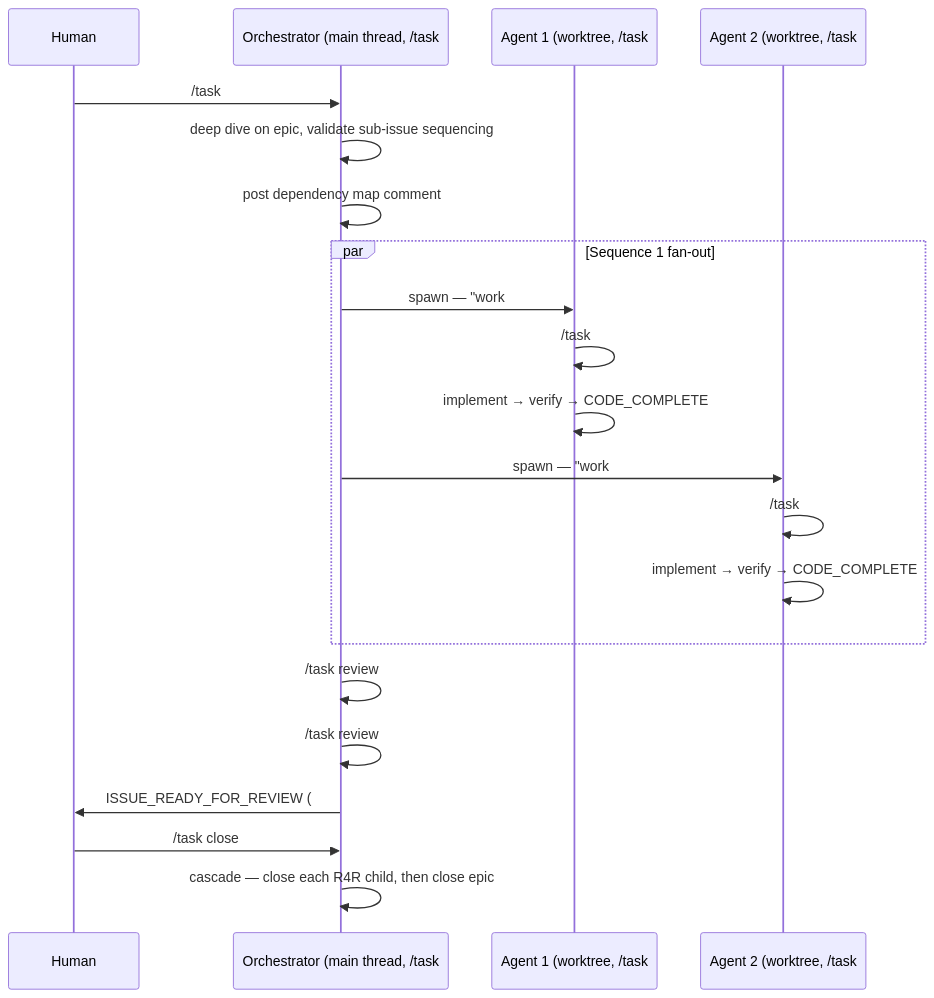
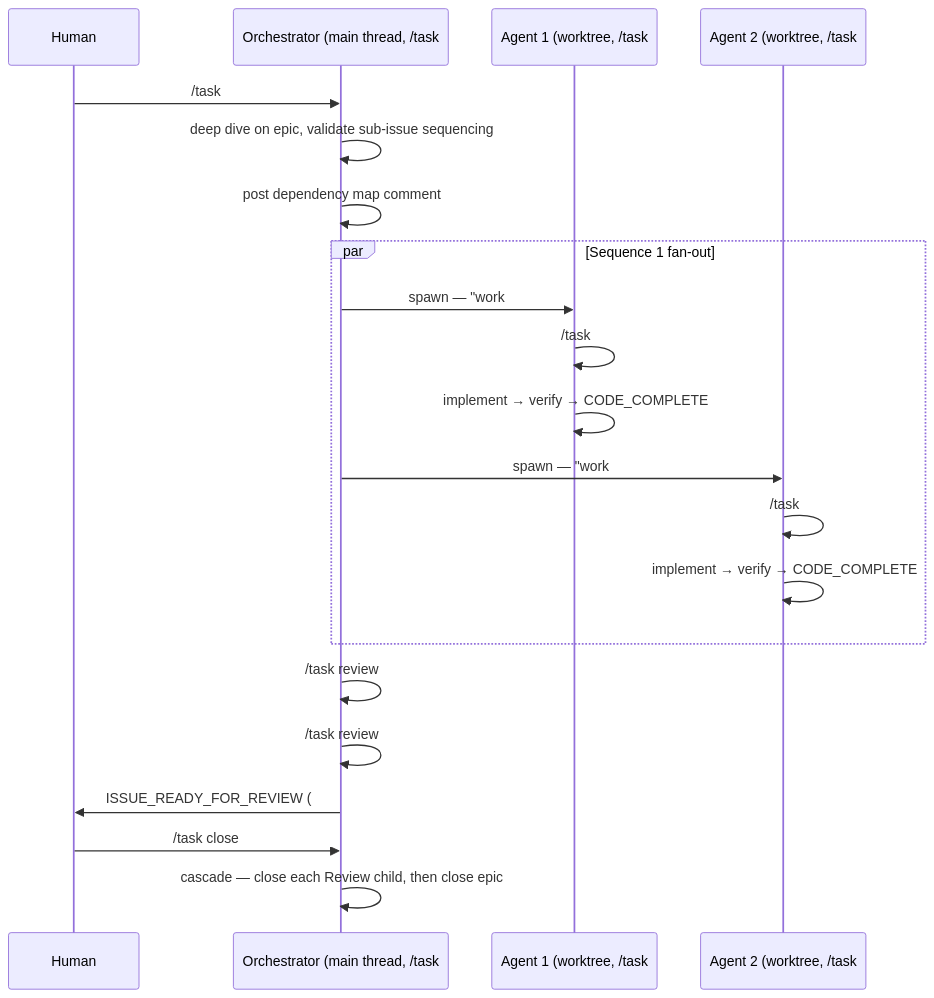
One commit to kburson/ai-task-manager changed the third of 4 diagrams in docs/QUICKSTART.md. Above: the diagram before and after it, drawn with Mermaid. The commit also changed other lines of this file and 3 other files, not shown here.

````diff
--- a/docs/QUICKSTART.md
+++ b/docs/QUICKSTART.md
@@ -108,28 +107,28 @@
 ```mermaid
 sequenceDiagram
     participant H as Human
     participant O as Orchestrator (main thread, /task #epic)
     participant A1 as Agent 1 (worktree, /task #child-A)
     participant A2 as Agent 2 (worktree, /task #child-B)
 
     H->>O: /task #epic
     O->>O: deep dive on epic, validate sub-issue sequencing
     O->>O: post dependency map comment
 
     par Sequence 1 fan-out
         O->>A1: spawn — "work #child-A"
         A1->>A1: /task #child-A (agent calls this itself)
         A1->>A1: implement → verify → CODE_COMPLETE
 
         O->>A2: spawn — "work #child-B"
         A2->>A2: /task #child-B (agent calls this itself)
         A2->>A2: implement → verify → CODE_COMPLETE
     end
 
-    O->>O: /task review #child-A → R4R
-    O->>O: /task review #child-B → R4R
+    O->>O: /task review #child-A → Review
+    O->>O: /task review #child-B → Review
     O->>H: ISSUE_READY_FOR_REVIEW (#child-A, #child-B)
 
     H->>O: /task close #epic
-    O->>O: cascade — close each R4R child, then close epic
+    O->>O: cascade — close each Review child, then close epic
 ```
````
